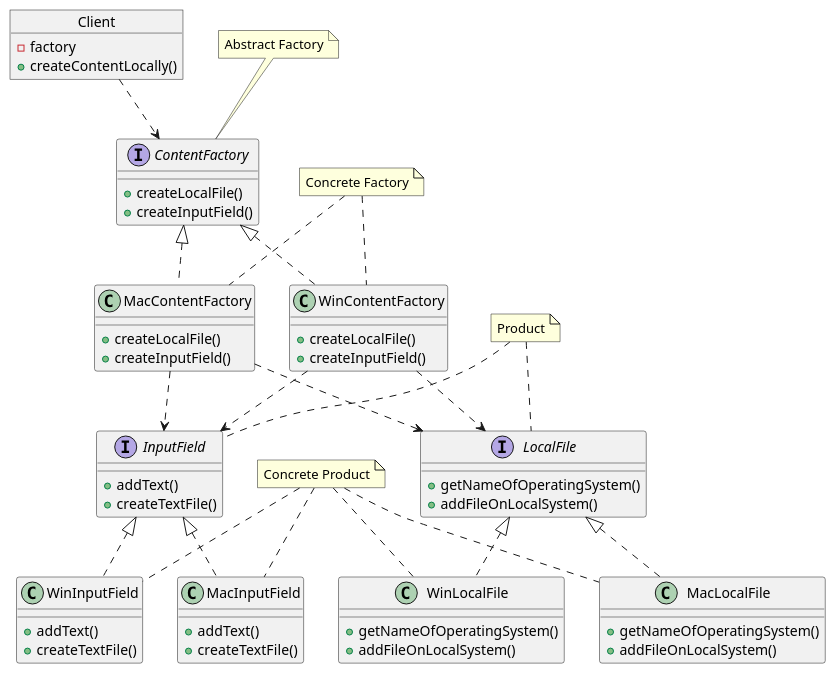
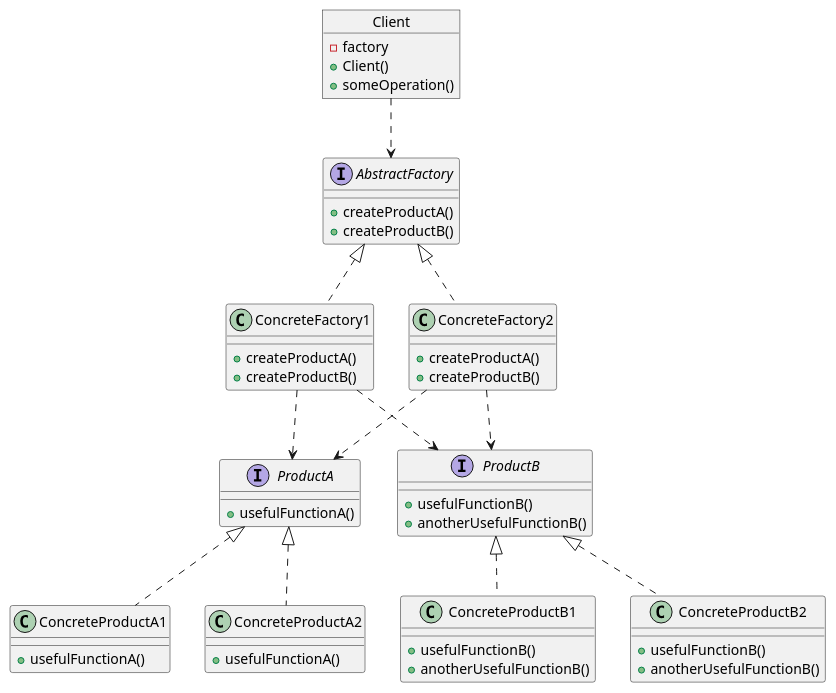
The diagram in CreationalPatterns/AbstractFactory/doc/AbstractFactory.puml (anorak21game/TypeScript), drawn with PlantUML before and after one commit. The commit also changed 5 other files, not shown here.

Commit message:
refactor abstract factory uml

```diff
--- a/CreationalPatterns/AbstractFactory/doc/AbstractFactory.puml
+++ b/CreationalPatterns/AbstractFactory/doc/AbstractFactory.puml
@@ -1,82 +1,67 @@
-@startuml AbstractFactoryExample
+@startuml AbstractFactory
 
 object Client {
     -factory
-    +createContentLocally()
+    +Client()
+    +someOperation()
 }
 
-interface LocalFile {
-    +getNameOfOperatingSystem()
-    +addFileOnLocalSystem()
-}
-interface InputField {
-    +addText()
-    +createTextFile()
+interface AbstractFactory {
+    +createProductA()
+    +createProductB()
 }
 
-interface ContentFactory {
-    +createLocalFile()
-    +createInputField()
+class ConcreteFactory1 {
+    +createProductA()
+    +createProductB()
 }
 
-class WinContentFactory {
-    +createLocalFile()
-    +createInputField()
+class ConcreteFactory2 {
+    +createProductA()
+    +createProductB()
 }
 
-class WinLocalFile {
-    +getNameOfOperatingSystem()
-    +addFileOnLocalSystem()
-}
-class WinInputField {
-    +addText()
-    +createTextFile()
+interface ProductA {
+    +usefulFunctionA()
 }
 
-class MacContentFactory {
-    +createLocalFile()
-    +createInputField()
+class ConcreteProductA1 {
+    +usefulFunctionA()
 }
 
-class MacLocalFile {
-    +getNameOfOperatingSystem()
-    +addFileOnLocalSystem()
-}
-class MacInputField {
-    +addText()
-    +createTextFile()
+class ConcreteProductA2 {
+    +usefulFunctionA()
 }
 
-note top of ContentFactory : Abstract Factory
+interface ProductB {
+    +usefulFunctionB()
+    +anotherUsefulFunctionB()
+}
 
-note "Product" as Product
-Product .. LocalFile
-Product .. InputField
+class ConcreteProductB1 {
+    +usefulFunctionB()
+    +anotherUsefulFunctionB()
+}
 
-note "Concrete Factory" as ConcreteFactory
-ConcreteFactory .. WinContentFactory
-ConcreteFactory .. MacContentFactory
+class ConcreteProductB2 {
+    +usefulFunctionB()
+    +anotherUsefulFunctionB()
+}
 
-note "Concrete Product" as ConcreteProduct
-ConcreteProduct .. WinLocalFile
-ConcreteProduct .. WinInputField
-ConcreteProduct .. MacLocalFile
-ConcreteProduct .. MacInputField
+Client ..> AbstractFactory
 
-Client ..> ContentFactory
+AbstractFactory <|.. ConcreteFactory1
+AbstractFactory <|.. ConcreteFactory2
 
-ContentFactory <|.. WinContentFactory
-ContentFactory <|.. MacContentFactory
+ConcreteFactory1 ..> ProductA
+ConcreteFactory1 ..> ProductB
 
-WinContentFactory ..> LocalFile
-WinContentFactory ..> InputField
+ConcreteFactory2 ..> ProductA
+ConcreteFactory2 ..> ProductB
 
-MacContentFactory ..> LocalFile
-MacContentFactory ..> InputField
+ProductA <|.. ConcreteProductA2
+ProductA <|.. ConcreteProductA1
 
-LocalFile <|.. MacLocalFile
-LocalFile <|.. WinLocalFile
-
-InputField <|.. WinInputField
-InputField <|.. MacInputField
+ProductB <|.. ConcreteProductB1
+ProductB <|.. ConcreteProductB2
 @enduml
```
